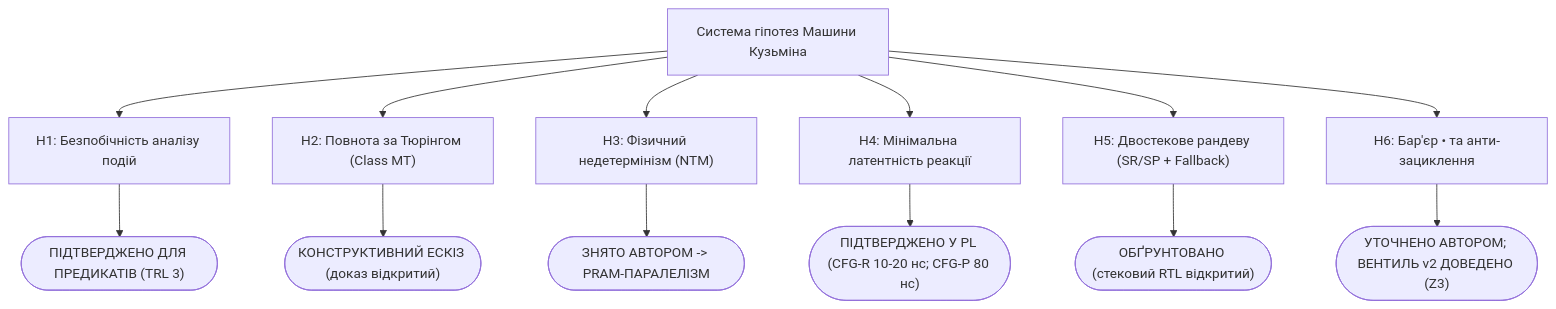
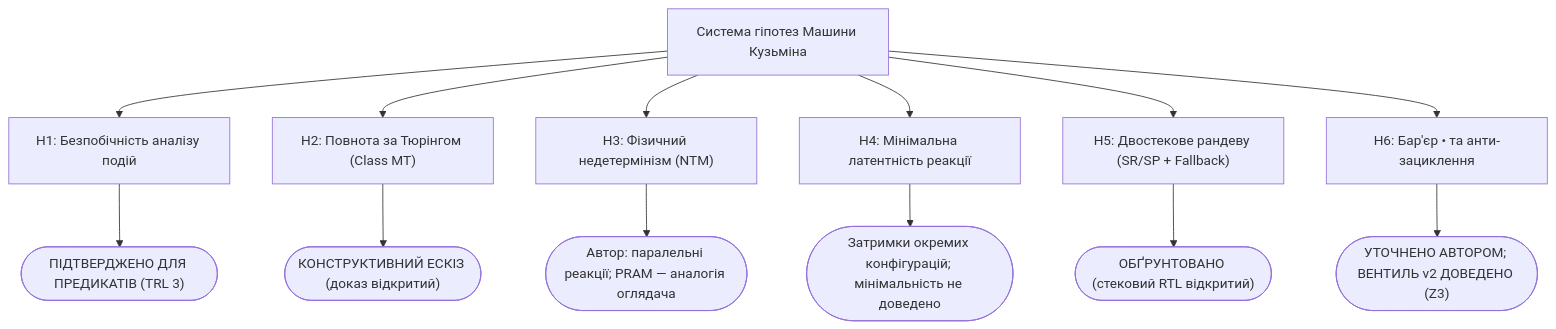
Before and after one commit to nick-fedchik/kuzmin-machine: the fifth of 12 diagrams in Articles/Kuzmin-Machine-Overview.md, drawn with Mermaid. The commit also changed other lines of this file and 3 other files, not shown here.

````diff
--- a/Articles/Kuzmin-Machine-Overview.md
+++ b/Articles/Kuzmin-Machine-Overview.md
@@ -182,17 +186,17 @@
 ```mermaid
 flowchart TD
     Root["Система гіпотез Машини Кузьміна"]
     Root --> H1["H1: Безпобічність аналізу подій"]
     Root --> H2["H2: Повнота за Тюрінгом (Class MT)"]
     Root --> H3["H3: Фізичний недетермінізм (NTM)"]
     Root --> H4["H4: Мінімальна латентність реакції"]
     Root --> H5["H5: Двостекове рандеву (SR/SP + Fallback)"]
     Root --> H6["H6: Бар'єр • та анти-зациклення"]
 
     H1 --> V1(["ПІДТВЕРДЖЕНО ДЛЯ ПРЕДИКАТІВ (TRL 3)"])
     H2 --> V2(["КОНСТРУКТИВНИЙ ЕСКІЗ (доказ відкритий)"])
-    H3 --> V3(["ЗНЯТО АВТОРОМ -> PRAM-ПАРАЛЕЛІЗМ"])
-    H4 --> V4(["ПІДТВЕРДЖЕНО У PL (CFG-R 10-20 нс; CFG-P 80 нс)"])
+    H3 --> V3(["Автор: паралельні реакції; PRAM — аналогія оглядача"])
+    H4 --> V4(["Затримки окремих конфігурацій; мінімальність не доведено"])
     H5 --> V5(["ОБҐРУНТОВАНО (стековий RTL відкритий)"])
     H6 --> V6(["УТОЧНЕНО АВТОРОМ; ВЕНТИЛЬ v2 ДОВЕДЕНО (Z3)"])
 ```
````
